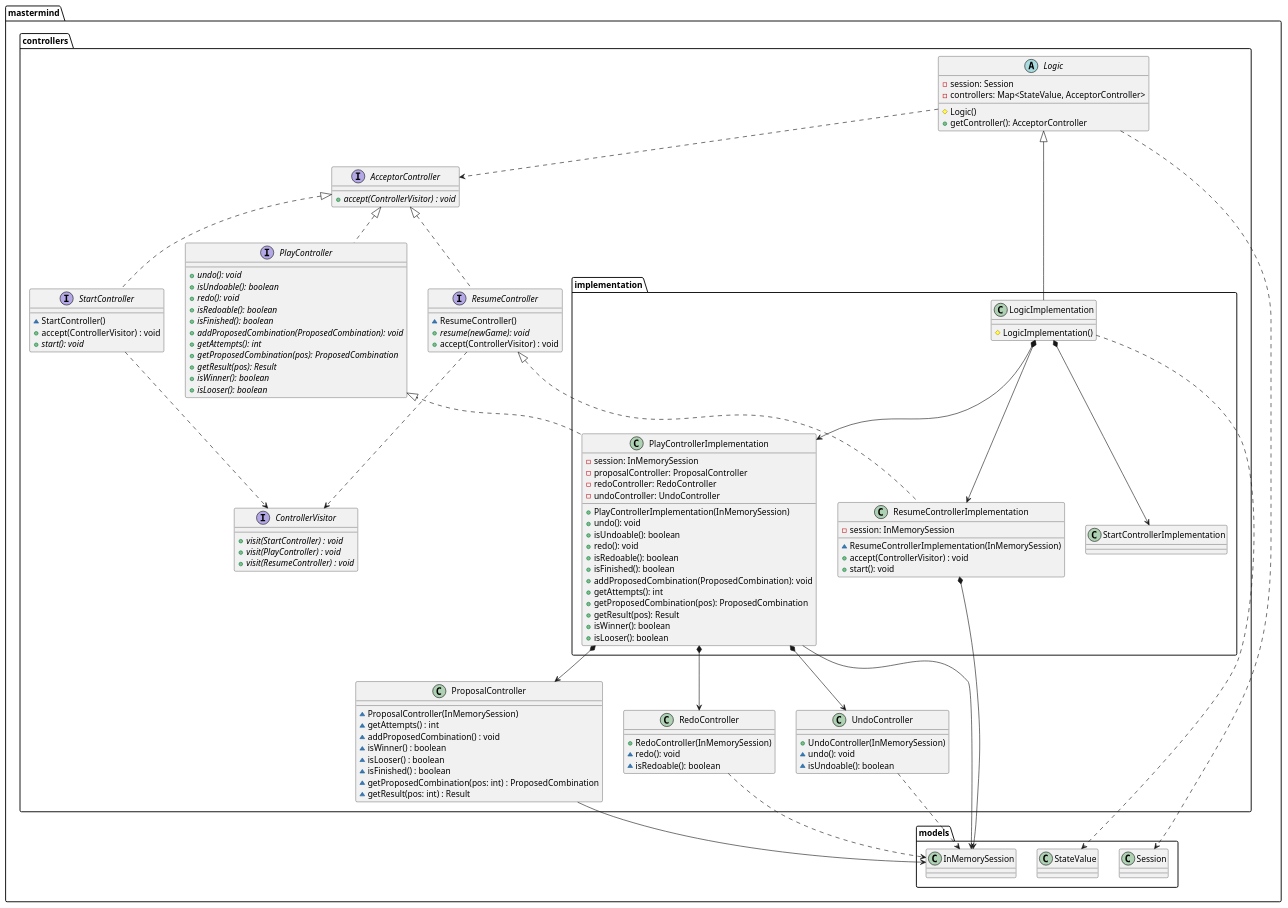
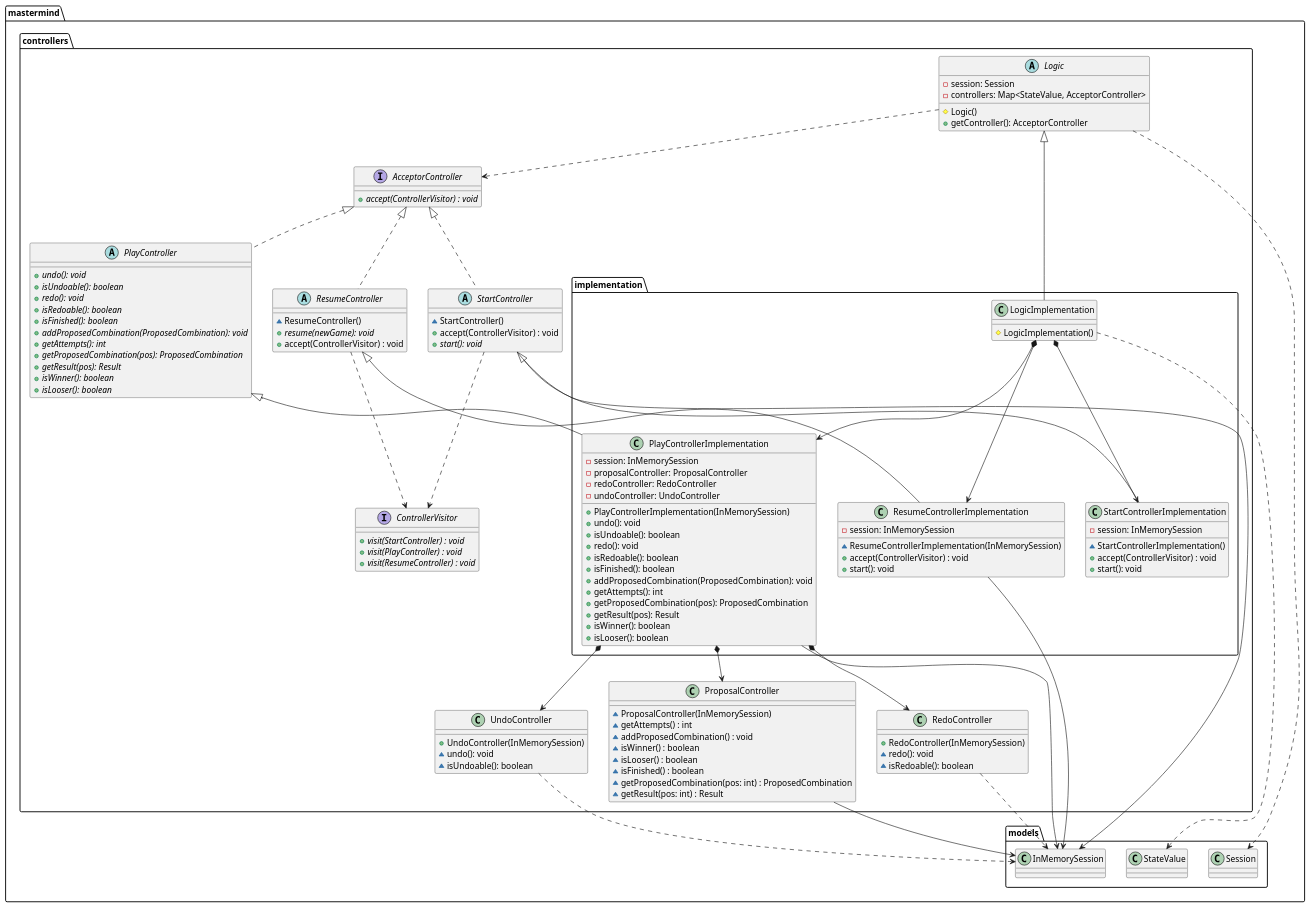
The diagram in mastermind.controllers.puml (juanaviladev/dcs-mastermind), drawn with PlantUML before and after one commit. The commit also changed 4 other files, not shown here.

Commit message:
Update PlayController to abstract

```diff
--- a/mastermind.controllers.puml
+++ b/mastermind.controllers.puml
@@ -1,122 +1,131 @@
 @startuml
 
 top to bottom direction
 
 interface mastermind.controllers.AcceptorController {
     + {abstract} accept(ControllerVisitor) : void
 }
 interface mastermind.controllers.ControllerVisitor {
      + {abstract} visit(StartController) : void
      + {abstract} visit(PlayController) : void
      + {abstract} visit(ResumeController) : void
 }
 
 class mastermind.controllers.RedoController {
     + RedoController(InMemorySession)
     ~ redo(): void
     ~ isRedoable(): boolean
 }
 mastermind.controllers.RedoController ..> mastermind.models.InMemorySession
 
 class mastermind.controllers.UndoController {
     + UndoController(InMemorySession)
     ~ undo(): void
     ~ isUndoable(): boolean
 }
 mastermind.controllers.UndoController ..> mastermind.models.InMemorySession
 
 class mastermind.controllers.ProposalController {
     ~ ProposalController(InMemorySession)
     ~ getAttempts() : int
     ~ addProposedCombination() : void
     ~ isWinner() : boolean
     ~ isLooser() : boolean
     ~ isFinished() : boolean
     ~ getProposedCombination(pos: int) : ProposedCombination
     ~ getResult(pos: int) : Result
 }
 mastermind.controllers.ProposalController --> mastermind.models.InMemorySession
 
-interface mastermind.controllers.PlayController {
+abstract class mastermind.controllers.PlayController {
     + {abstract} undo(): void
     + {abstract} isUndoable(): boolean
     + {abstract} redo(): void
     + {abstract} isRedoable(): boolean
     + {abstract} isFinished(): boolean
     + {abstract} addProposedCombination(ProposedCombination): void
     + {abstract} getAttempts(): int
     + {abstract} getProposedCombination(pos): ProposedCombination
     + {abstract} getResult(pos): Result
     + {abstract} isWinner(): boolean
     + {abstract} isLooser(): boolean
 }
 mastermind.controllers.AcceptorController <|.. mastermind.controllers.PlayController
 
 class mastermind.controllers.implementation.PlayControllerImplementation {
     - session: InMemorySession
     - proposalController: ProposalController
     - redoController: RedoController
     - undoController: UndoController
     + PlayControllerImplementation(InMemorySession)
     + undo(): void
     + isUndoable(): boolean
     + redo(): void
     + isRedoable(): boolean
     + isFinished(): boolean
     + addProposedCombination(ProposedCombination): void
     + getAttempts(): int
     + getProposedCombination(pos): ProposedCombination
     + getResult(pos): Result
     + isWinner(): boolean
     + isLooser(): boolean
 }
-mastermind.controllers.PlayController <|.. mastermind.controllers.implementation.PlayControllerImplementation
+mastermind.controllers.PlayController <|-- mastermind.controllers.implementation.PlayControllerImplementation
 mastermind.controllers.implementation.PlayControllerImplementation --> mastermind.models.InMemorySession
 mastermind.controllers.implementation.PlayControllerImplementation *--> mastermind.controllers.ProposalController
 mastermind.controllers.implementation.PlayControllerImplementation *--> mastermind.controllers.UndoController
 mastermind.controllers.implementation.PlayControllerImplementation *--> mastermind.controllers.RedoController
 
-interface mastermind.controllers.ResumeController {
+abstract class mastermind.controllers.ResumeController {
    ~ ResumeController()
    + {abstract} resume(newGame): void
    + accept(ControllerVisitor) : void
 }
 mastermind.controllers.AcceptorController <|.. mastermind.controllers.ResumeController
 mastermind.controllers.ResumeController ..> mastermind.controllers.ControllerVisitor
 
 class mastermind.controllers.implementation.ResumeControllerImplementation {
     - session: InMemorySession
     ~ ResumeControllerImplementation(InMemorySession)
     + accept(ControllerVisitor) : void
     + start(): void
  }
-mastermind.controllers.ResumeController <|.. mastermind.controllers.implementation.ResumeControllerImplementation
-mastermind.controllers.implementation.ResumeControllerImplementation *--> mastermind.models.InMemorySession
+mastermind.controllers.ResumeController <|-- mastermind.controllers.implementation.ResumeControllerImplementation
+mastermind.controllers.implementation.ResumeControllerImplementation ---> mastermind.models.InMemorySession
 
-interface mastermind.controllers.StartController {
+abstract class mastermind.controllers.StartController {
    ~ StartController()
    + accept(ControllerVisitor) : void
    + {abstract} start(): void
 }
 mastermind.controllers.AcceptorController <|.. mastermind.controllers.StartController
 mastermind.controllers.StartController ..> mastermind.controllers.ControllerVisitor
+
+class mastermind.controllers.implementation.StartControllerImplementation {
+    - session: InMemorySession
+   ~ StartControllerImplementation()
+   + accept(ControllerVisitor) : void
+   + start(): void
+}
+mastermind.controllers.StartController <|-- mastermind.controllers.implementation.StartControllerImplementation
+mastermind.controllers.StartController --> mastermind.models.InMemorySession
 
 abstract class mastermind.controllers.Logic {
     - session: Session
     - controllers: Map<StateValue, AcceptorController>
     # Logic()
     + getController(): AcceptorController
 }
 mastermind.controllers.Logic ..> mastermind.controllers.AcceptorController
 mastermind.controllers.Logic ..> mastermind.models.Session
 
 class mastermind.controllers.implementation.LogicImplementation {
     # LogicImplementation()
 }
 mastermind.controllers.Logic <|-- mastermind.controllers.implementation.LogicImplementation
 mastermind.controllers.implementation.LogicImplementation *--> mastermind.controllers.implementation.PlayControllerImplementation
 mastermind.controllers.implementation.LogicImplementation *--> mastermind.controllers.implementation.StartControllerImplementation
 mastermind.controllers.implementation.LogicImplementation *--> mastermind.controllers.implementation.ResumeControllerImplementation
 mastermind.controllers.implementation.LogicImplementation ..> mastermind.models.StateValue
 
 @enduml
```
